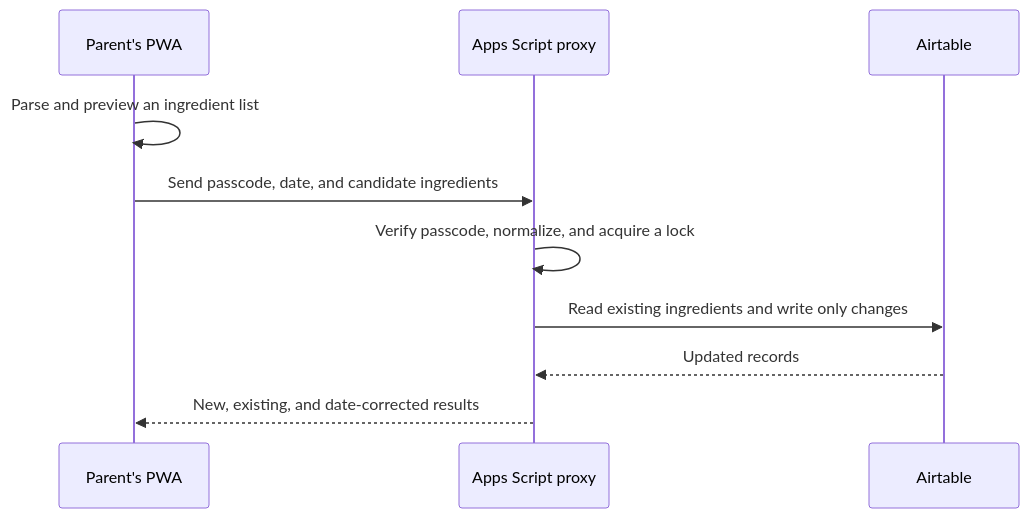
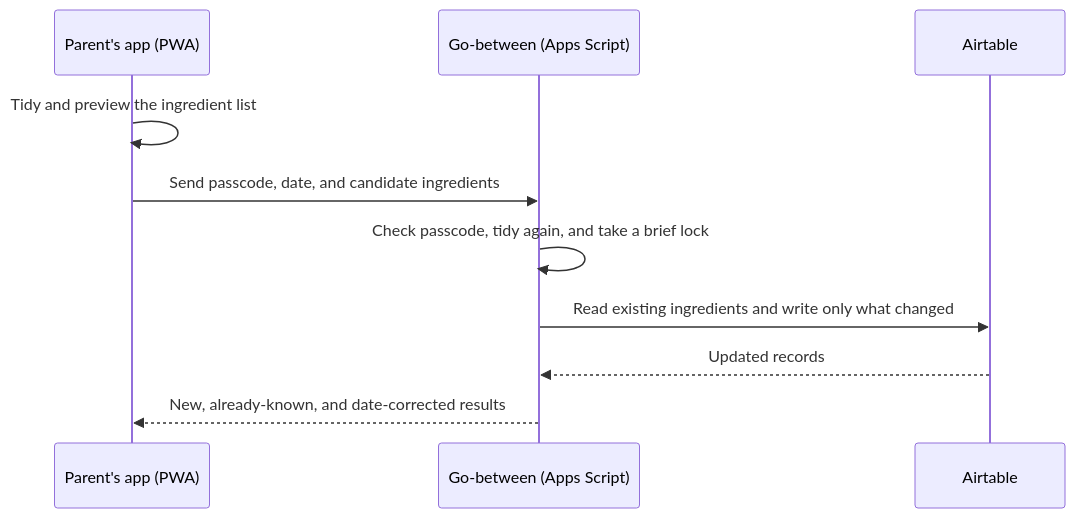
One commit to clemwgk/magnus-100-food-tracker changed the diagram in docs/PRODUCT_BRIEF.md. Above: the diagram before and after it, drawn with Mermaid. The commit also changed other lines of this file and 2 other files, not shown here.

Commit message:
Improve docs: plain-language brief, counterfactual rationale, builder reference

````diff
--- a/docs/PRODUCT_BRIEF.md
+++ b/docs/PRODUCT_BRIEF.md
@@ -49,12 +93,12 @@
 ```mermaid
 sequenceDiagram
-  participant P as Parent's PWA
-  participant S as Apps Script proxy
+  participant P as Parent's app (PWA)
+  participant S as Go-between (Apps Script)
   participant A as Airtable
-  P->>P: Parse and preview an ingredient list
+  P->>P: Tidy and preview the ingredient list
   P->>S: Send passcode, date, and candidate ingredients
-  S->>S: Verify passcode, normalize, and acquire a lock
-  S->>A: Read existing ingredients and write only changes
+  S->>S: Check passcode, tidy again, and take a brief lock
+  S->>A: Read existing ingredients and write only what changed
   A-->>S: Updated records
-  S-->>P: New, existing, and date-corrected results
+  S-->>P: New, already-known, and date-corrected results
 ```
````
